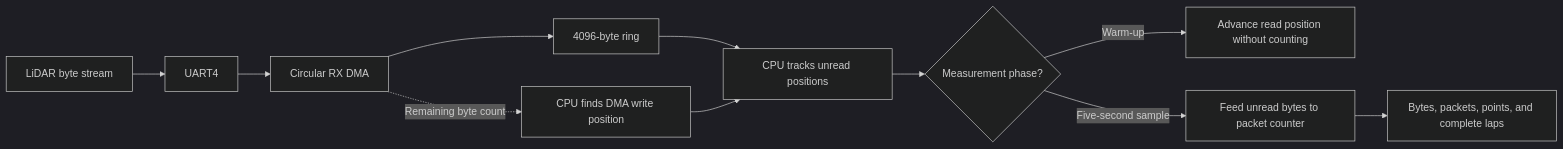
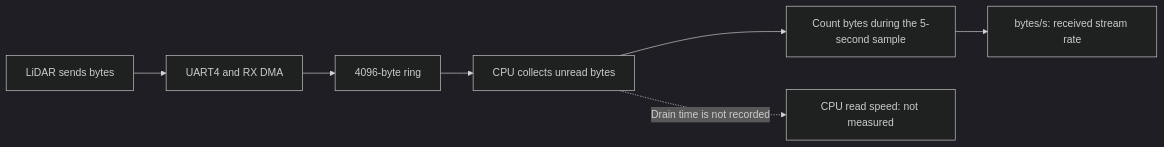
Before and after one commit to kei185/sensor-echo: the second of 3 diagrams in experiments/lidar_rate_probe/README.md, drawn with Mermaid (dark theme). The commit also changed other lines of this file, not shown here.

Commit message:
[codex] Clarify what LiDAR rate probe measures

````diff
--- a/experiments/lidar_rate_probe/README.md
+++ b/experiments/lidar_rate_probe/README.md
@@ -51,13 +51,9 @@
 ```mermaid
 flowchart LR
-    LiDAR[LiDAR byte stream] --> UART[UART4]
-    UART --> DMA[Circular RX DMA]
+    LiDAR[LiDAR sends bytes] --> DMA[UART4 and RX DMA]
     DMA --> Ring[4096-byte ring]
-    DMA -. Remaining byte count .-> Position[CPU finds DMA write position]
-    Ring --> Unread[CPU tracks unread positions]
-    Position --> Unread
-    Unread --> Phase{Measurement phase?}
-    Phase -->|Warm-up| Discard[Advance read position without counting]
-    Phase -->|Five-second sample| Meter[Feed unread bytes to packet counter]
-    Meter --> Report[Bytes, packets, points, and complete laps]
+    Ring --> CPU[CPU collects unread bytes]
+    CPU --> Count[Count bytes during the 5-second sample]
+    Count --> Rate[bytes/s: received stream rate]
+    CPU -. Drain time is not recorded .-> Unknown[CPU read speed: not measured]
 ```
````
